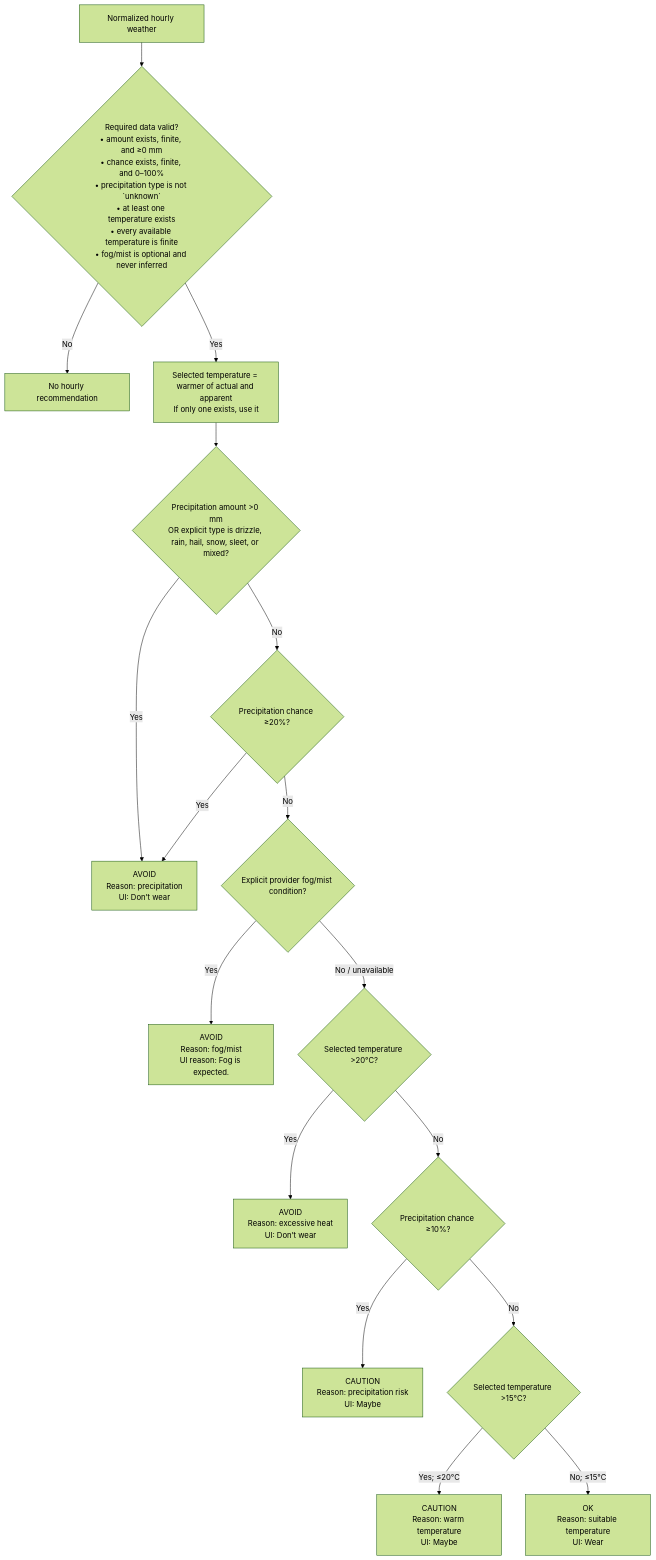
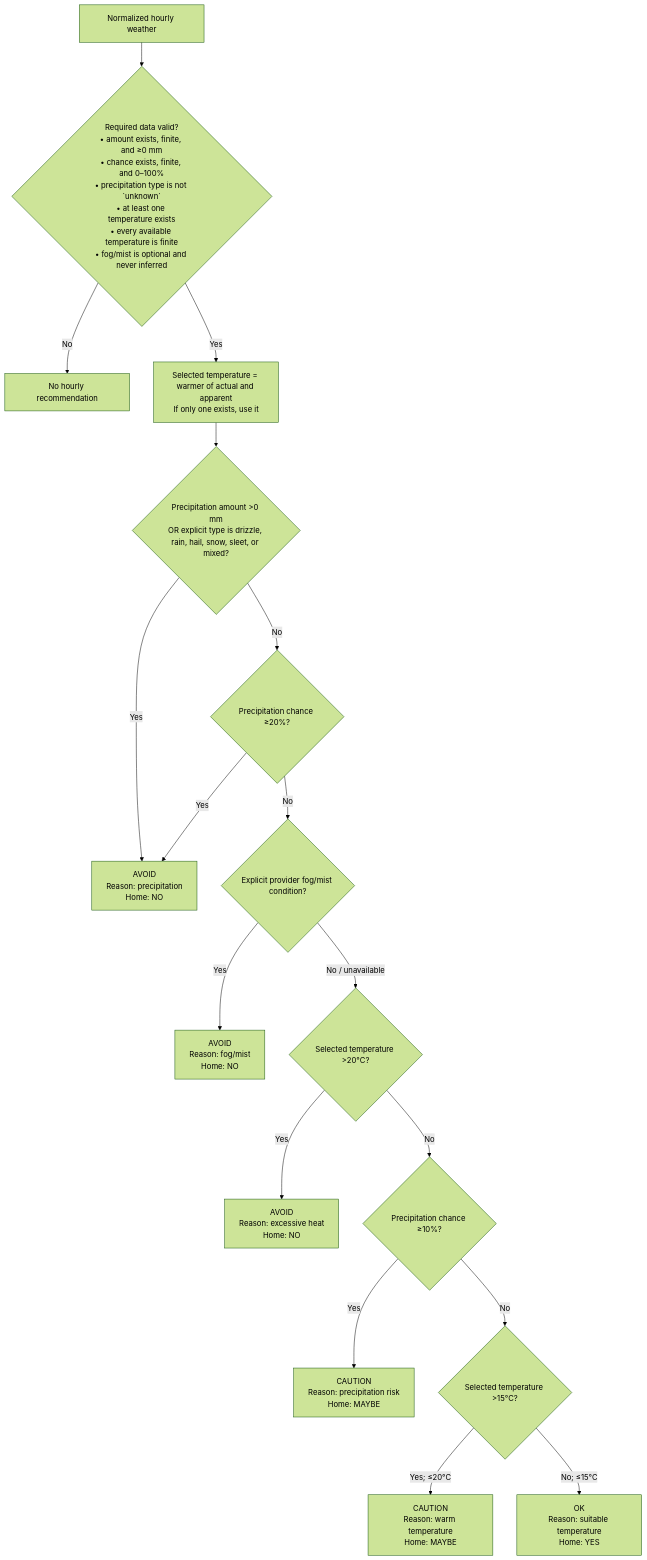
Before and after one commit to TimVdWalle/can-i-wear: the second of 7 diagrams in docs/IMPLEMENTED_RULES_FLOWCHARTS.md, drawn with Mermaid (forest theme). The commit also changed other lines of this file and 14 other files, not shown here.

````diff
--- a/docs/IMPLEMENTED_RULES_FLOWCHARTS.md
+++ b/docs/IMPLEMENTED_RULES_FLOWCHARTS.md
@@ -84,20 +85,20 @@
 ```mermaid
 flowchart TD
     A["Normalized hourly weather"] --> B{"Required data valid?<br/>• amount exists, finite, and ≥0 mm<br/>• chance exists, finite, and 0–100%<br/>• precipitation type is not `unknown`<br/>• at least one temperature exists<br/>• every available temperature is finite<br/>• fog/mist is optional and never inferred"}
     B -- "No" --> NR["No hourly recommendation"]
     B -- "Yes" --> C["Selected temperature = warmer of actual and apparent<br/>If only one exists, use it"]
 
     C --> D{"Precipitation amount >0 mm<br/>OR explicit type is drizzle, rain, hail, snow, sleet, or mixed?"}
-    D -- "Yes" --> AP["AVOID<br/>Reason: precipitation<br/>UI: Don’t wear"]
+    D -- "Yes" --> AP["AVOID<br/>Reason: precipitation<br/>Home: NO"]
     D -- "No" --> E{"Precipitation chance ≥20%?"}
     E -- "Yes" --> AP
     E -- "No" --> F{"Explicit provider fog/mist condition?"}
-    F -- "Yes" --> AF["AVOID<br/>Reason: fog/mist<br/>UI reason: Fog is expected."]
+    F -- "Yes" --> AF["AVOID<br/>Reason: fog/mist<br/>Home: NO"]
     F -- "No / unavailable" --> G{"Selected temperature >20°C?"}
-    G -- "Yes" --> AH["AVOID<br/>Reason: excessive heat<br/>UI: Don’t wear"]
+    G -- "Yes" --> AH["AVOID<br/>Reason: excessive heat<br/>Home: NO"]
     G -- "No" --> H{"Precipitation chance ≥10%?"}
-    H -- "Yes" --> CP["CAUTION<br/>Reason: precipitation risk<br/>UI: Maybe"]
+    H -- "Yes" --> CP["CAUTION<br/>Reason: precipitation risk<br/>Home: MAYBE"]
     H -- "No" --> I{"Selected temperature >15°C?"}
-    I -- "Yes; ≤20°C" --> CW["CAUTION<br/>Reason: warm temperature<br/>UI: Maybe"]
-    I -- "No; ≤15°C" --> OK["OK<br/>Reason: suitable temperature<br/>UI: Wear"]
+    I -- "Yes; ≤20°C" --> CW["CAUTION<br/>Reason: warm temperature<br/>Home: MAYBE"]
+    I -- "No; ≤15°C" --> OK["OK<br/>Reason: suitable temperature<br/>Home: YES"]
 ```
````
